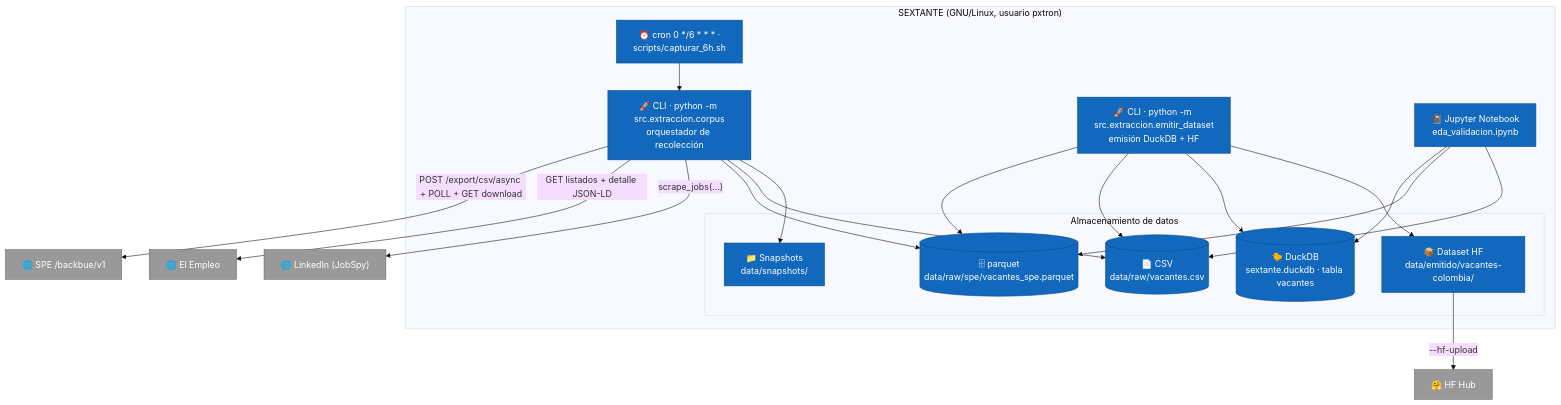
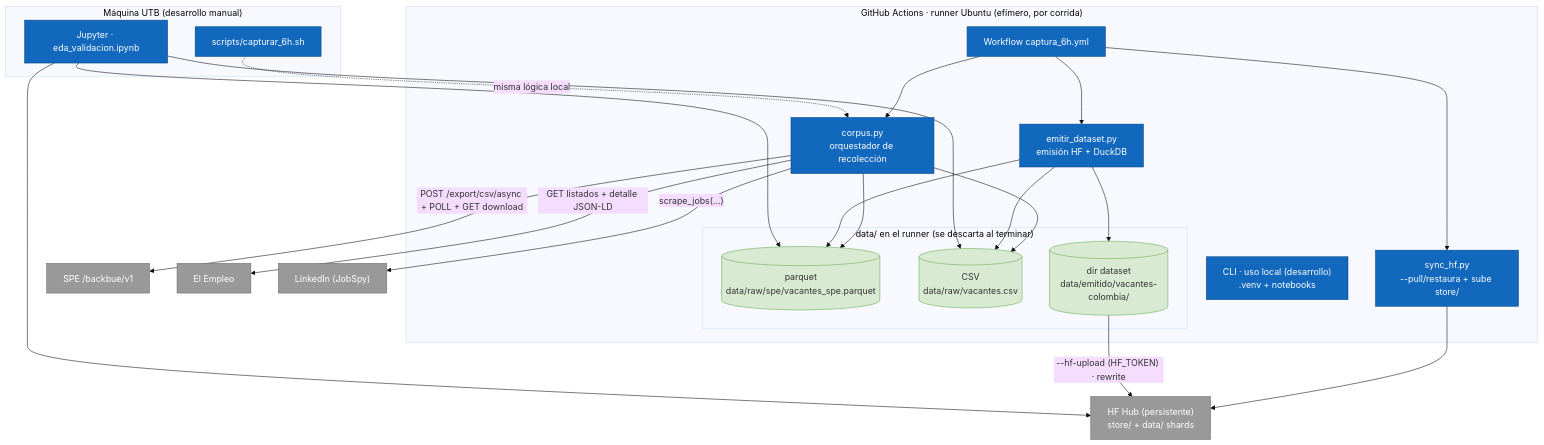
One commit to shalom-A26/SEXTANTE changed the second of 7 diagrams in docs/arquitectura.md. Above: the diagram before and after it, drawn with Mermaid (base theme). The commit also changed other lines of this file and 8 other files, not shown here.

First line of the commit message:
feat: captura en GitHub Actions con Hugging Face como memoria persistente

````diff
--- a/docs/arquitectura.md
+++ b/docs/arquitectura.md
@@ -73,45 +73,51 @@
 ```mermaid
 flowchart TB
-    subgraph SEXTANTE["SEXTANTE (GNU/Linux, usuario pxtron)"]
-        direccion["🚀 CLI · python -m src.extraccion.corpus<br/>orquestador de recolección"]
-        cronrun["⏰ cron 0 */6 * * * ·<br/>scripts/capturar_6h.sh"]
-        emit["🚀 CLI · python -m src.extraccion.emitir_dataset<br/>emisión DuckDB + HF"]
-        eda["📓 Jupyter Notebook<br/>eda_validacion.ipynb"]
+    subgraph RUNNER["GitHub Actions · runner Ubuntu (efímero, por corrida)"]
+        wf["Workflow captura_6h.yml"]
+        sync["sync_hf.py<br/>--pull/restaura + sube store/"]
+        corpus["corpus.py<br/>orquestador de recolección"]
+        emit["emitir_dataset.py<br/>emisión HF + DuckDB"]
+        edacli["CLI · uso local (desarrollo)<br/>.venv + notebooks"]
 
-        subgraph FLUJO["Almacenamiento de datos"]
-            storespe[("🗄 parquet<br/>data/raw/spe/vacantes_spe.parquet")]
-            storecu[("📄 CSV<br/>data/raw/vacantes.csv")]
-            snaps["📁 Snapshots<br/>data/snapshots/"]
-            duckdb[("🐤 DuckDB<br/>sextante.duckdb · tabla vacantes")]
-            hfdir["📦 Dataset HF<br/>data/emitido/vacantes-colombia/"]
+        subgraph EPHEMERAL["data/ en el runner (se descarta al terminar)"]
+            storespe[("parquet<br/>data/raw/spe/vacantes_spe.parquet")]
+            storecu[("CSV<br/>data/raw/vacantes.csv")]
+            emitd[("dir dataset<br/>data/emitido/vacantes-colombia/")]
         end
     end
 
-    spe["🌐 SPE /backbue/v1"]
-    ee["🌐 El Empleo"]
-    li["🌐 LinkedIn (JobSpy)"]
-    hub["🤗 HF Hub"]
+    subgraph LOCAL["Máquina UTB (desarrollo manual)"]
+        shdev["scripts/capturar_6h.sh"]
+        notebook["Jupyter · eda_validacion.ipynb"]
+    end
 
-    cronrun --> direccion
-    direccion -->|"POST /export/csv/async + POLL + GET download"| spe
-    direccion -->|"GET listados + detalle JSON-LD"| ee
-    direccion -->|"scrape_jobs(...)"| li
-    direccion --> storespe
-    direccion --> storecu
-    direccion --> snaps
+    spe["SPE /backbue/v1"]
+    ee["El Empleo"]
+    li["LinkedIn (JobSpy)"]
+    hub["HF Hub (persistente)<br/>store/ + data/ shards"]
+
+    wf --> sync
+    sync --> hub
+    wf --> corpus
+    corpus -->|"POST /export/csv/async + POLL + GET download"| spe
+    corpus -->|"GET listados + detalle JSON-LD"| ee
+    corpus -->|"scrape_jobs(...)"| li
+    corpus --> storespe
+    corpus --> storecu
+    wf --> emit
     emit --> storespe
     emit --> storecu
-    emit --> duckdb
-    emit --> hfdir
-    hfdir -->|"--hf-upload"| hub
-    eda --> duckdb
-    eda --> storespe
-    eda --> storecu
+    emit --> emitd
+    emitd -->|"--hf-upload (HF_TOKEN) · rewrite"| hub
+    shdev -.->|misma lógica local| corpus
+    notebook --> hub
+    notebook --> storespe
+    notebook --> storecu
 
     classDef cont fill:#1168bd,color:#fff,stroke:#0b4884;
-    classDef almacen fill:#1168bd,color:#fff,stroke:#0b4884;
+    classDef almacen fill:#d9ead3,stroke:#6aa84f;
     classDef ext fill:#999999,color:#fff,stroke:#6b6b6b;
-    class direccion,cronrun,emit,eda cont;
-    class storespe,storecu,snaps,duckdb,hfdir almacen;
+    class wf,sync,corpus,emit,edacli,shdev,notebook cont;
+    class storespe,storecu,emitd almacen;
     class spe,ee,li,hub ext;
 ```
````
